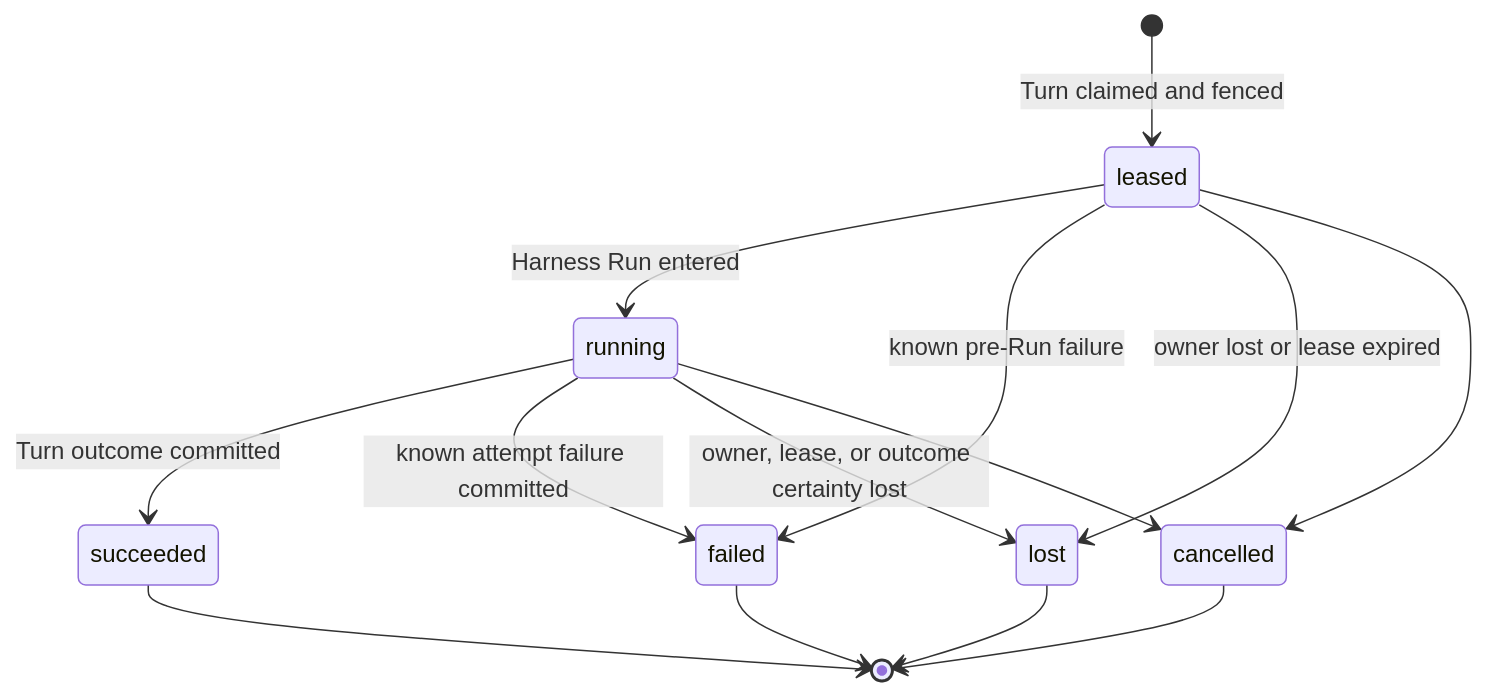
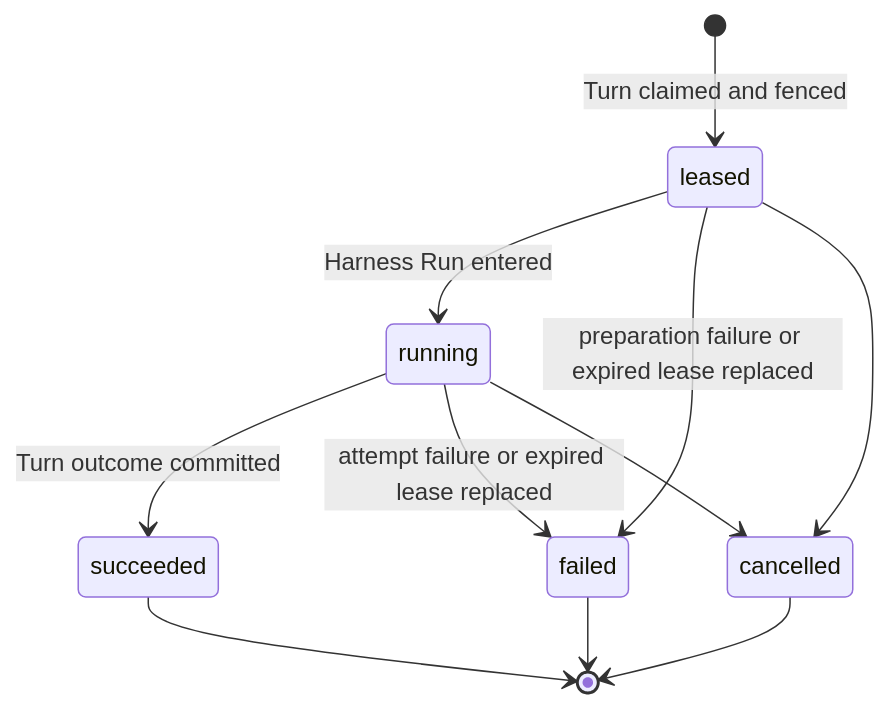
The diagram in spec/foundation-service/15-turn-attempt-persistence.md (LTThreeComma/agent-foundation), drawn with Mermaid before and after one commit. The commit also changed other lines of this file and 21 other files, not shown here.

````diff
--- a/spec/foundation-service/15-turn-attempt-persistence.md
+++ b/spec/foundation-service/15-turn-attempt-persistence.md
@@ -174,16 +191,13 @@
 ```mermaid
 stateDiagram-v2
     [*] --> leased: Turn claimed and fenced
     leased --> running: Harness Run entered
-    leased --> failed: known pre-Run failure
-    leased --> lost: owner lost or lease expired
+    leased --> failed: preparation failure or expired lease replaced
     leased --> cancelled
     running --> succeeded: Turn outcome committed
-    running --> failed: known attempt failure committed
-    running --> lost: owner, lease, or outcome certainty lost
+    running --> failed: attempt failure or expired lease replaced
     running --> cancelled
     succeeded --> [*]
     failed --> [*]
-    lost --> [*]
     cancelled --> [*]
 ```
````
